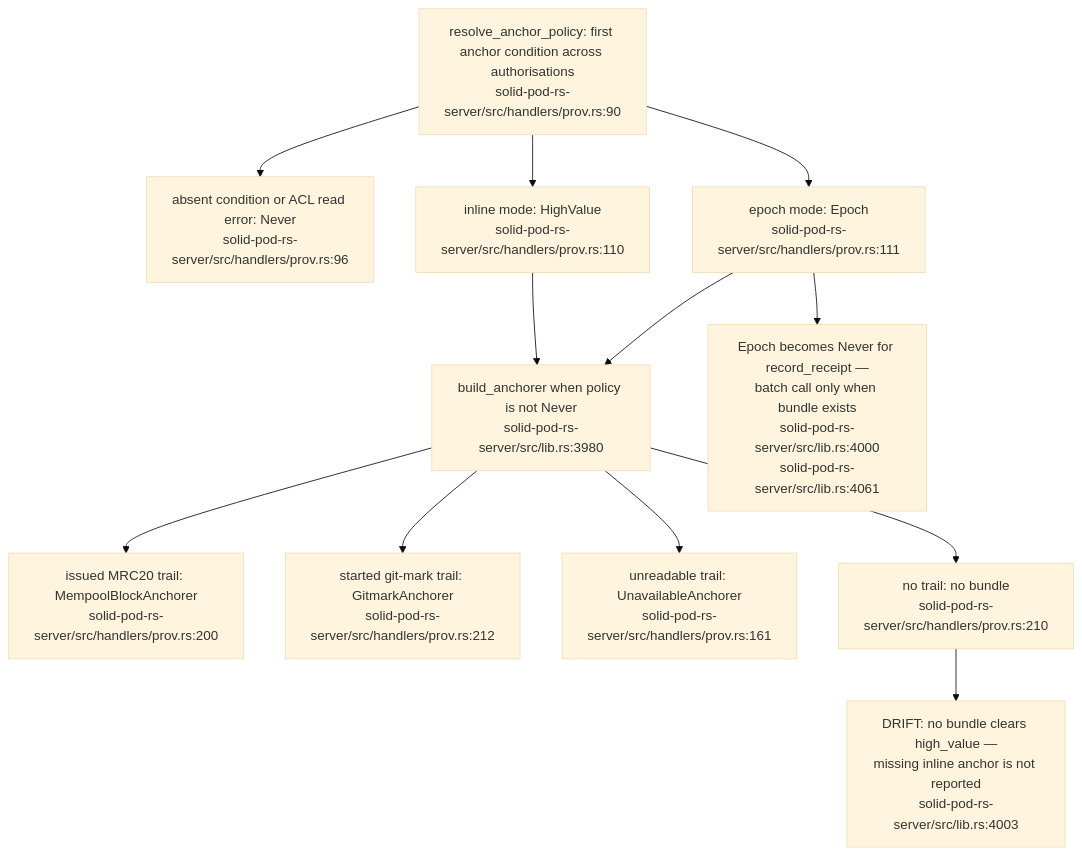
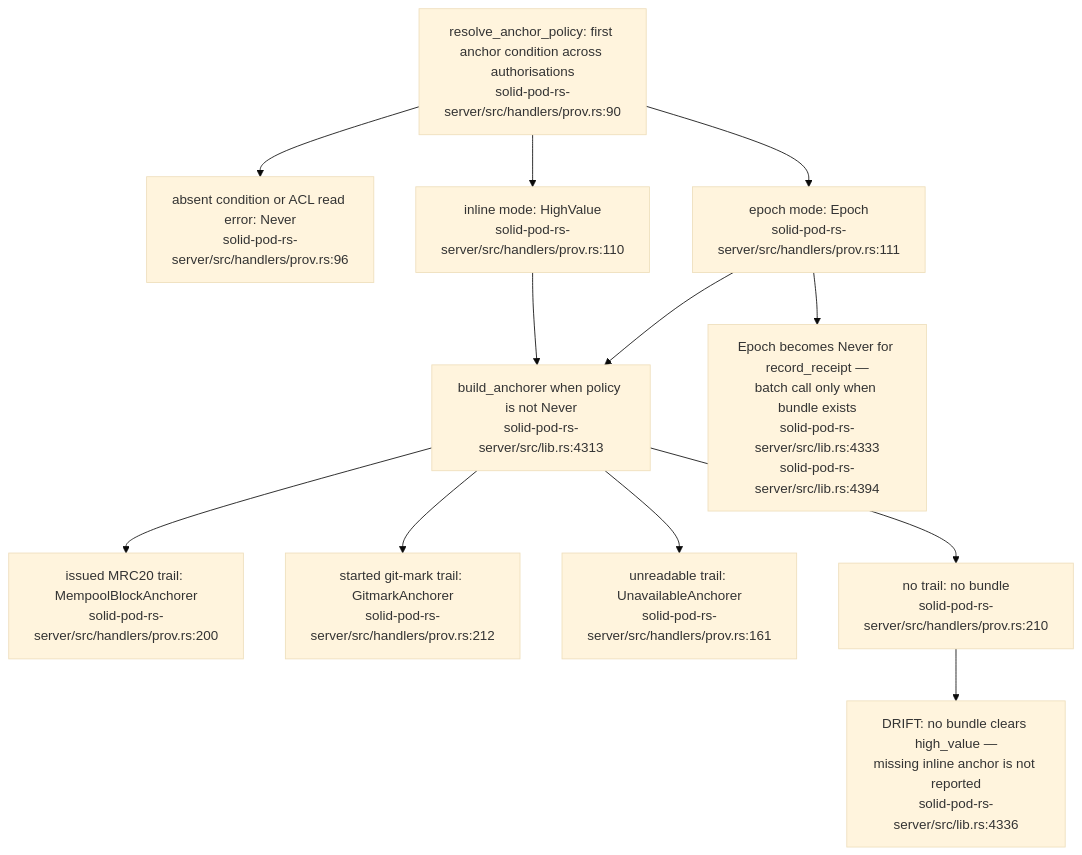
Before and after one commit to DreamLab-AI/VisionFlow: the third of 19 diagrams in docs/diagrams/solid-pod-rs/07-provenance-and-payments.md, drawn with Mermaid (base theme). The commit also changed other lines of this file and 59 other files, not shown here.

First line of the commit message:
docs(diagrams): re-derive and re-stamp forum, website, pod, ontomark and sealmap topics

````diff
--- a/docs/diagrams/solid-pod-rs/07-provenance-and-payments.md
+++ b/docs/diagrams/solid-pod-rs/07-provenance-and-payments.md
@@ -92,22 +92,22 @@
 ```mermaid
 flowchart TD
     RES["resolve_anchor_policy: first anchor condition across authorisations<br/>solid-pod-rs-server/src/handlers/prov.rs:90"]
     NEVER["absent condition or ACL read error: Never<br/>solid-pod-rs-server/src/handlers/prov.rs:96"]
     HV["inline mode: HighValue<br/>solid-pod-rs-server/src/handlers/prov.rs:110"]
     EP["epoch mode: Epoch<br/>solid-pod-rs-server/src/handlers/prov.rs:111"]
-    BLD["build_anchorer when policy is not Never<br/>solid-pod-rs-server/src/lib.rs:3980"]
+    BLD["build_anchorer when policy is not Never<br/>solid-pod-rs-server/src/lib.rs:4313"]
     MRC["issued MRC20 trail: MempoolBlockAnchorer<br/>solid-pod-rs-server/src/handlers/prov.rs:200"]
     GM["started git-mark trail: GitmarkAnchorer<br/>solid-pod-rs-server/src/handlers/prov.rs:212"]
     ERR["unreadable trail: UnavailableAnchorer<br/>solid-pod-rs-server/src/handlers/prov.rs:161"]
     NONE["no trail: no bundle<br/>solid-pod-rs-server/src/handlers/prov.rs:210"]
-    FLAG["DRIFT: no bundle clears high_value —<br/>missing inline anchor is not reported<br/>solid-pod-rs-server/src/lib.rs:4003"]
-    BATCH["Epoch becomes Never for record_receipt —<br/>batch call only when bundle exists<br/>solid-pod-rs-server/src/lib.rs:4000<br/>solid-pod-rs-server/src/lib.rs:4061"]
+    FLAG["DRIFT: no bundle clears high_value —<br/>missing inline anchor is not reported<br/>solid-pod-rs-server/src/lib.rs:4336"]
+    BATCH["Epoch becomes Never for record_receipt —<br/>batch call only when bundle exists<br/>solid-pod-rs-server/src/lib.rs:4333<br/>solid-pod-rs-server/src/lib.rs:4394"]
     RES --> NEVER
     RES --> HV --> BLD
     RES --> EP --> BLD
     BLD --> MRC
     BLD --> GM
     BLD --> ERR
     BLD --> NONE --> FLAG
     EP --> BATCH
 ```
````
